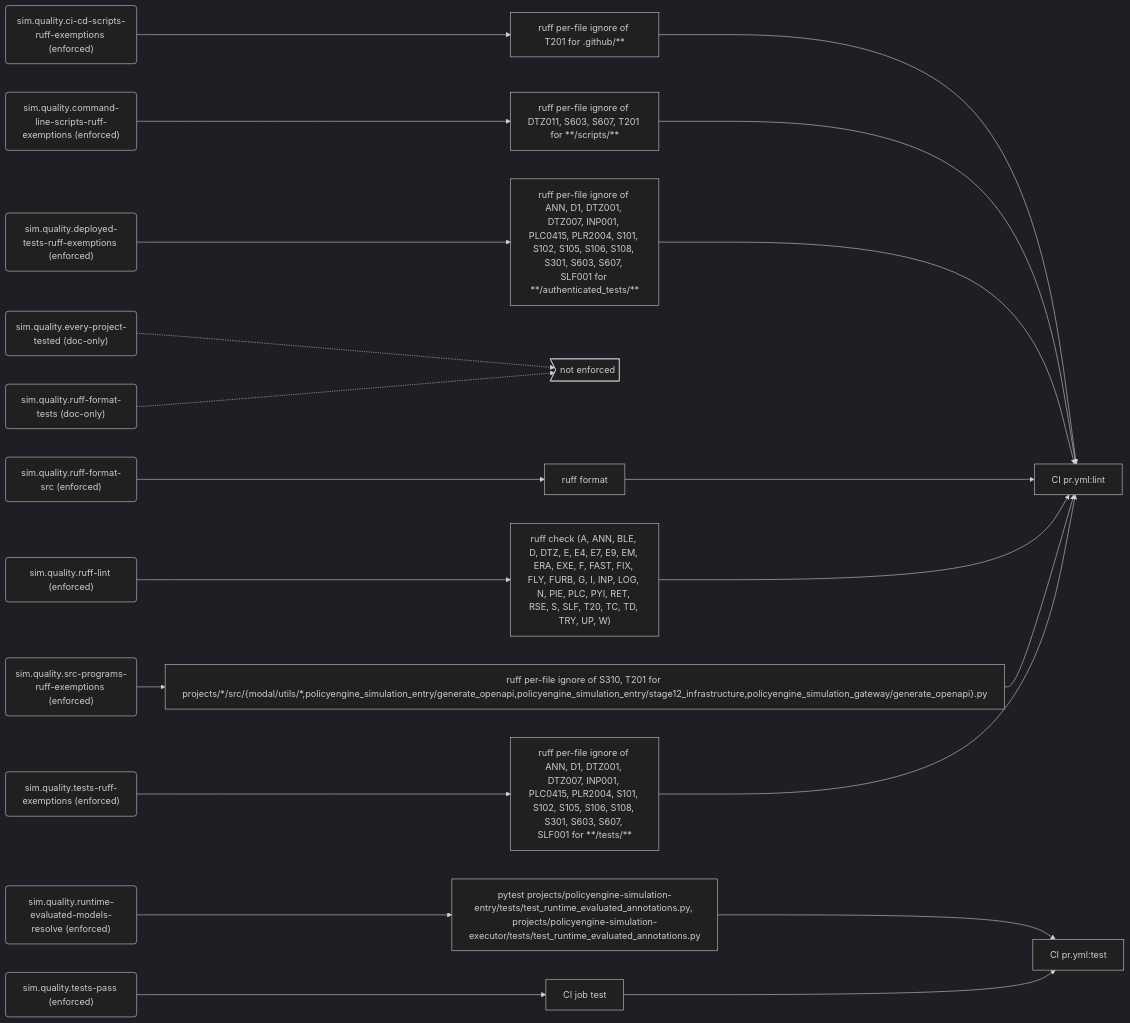
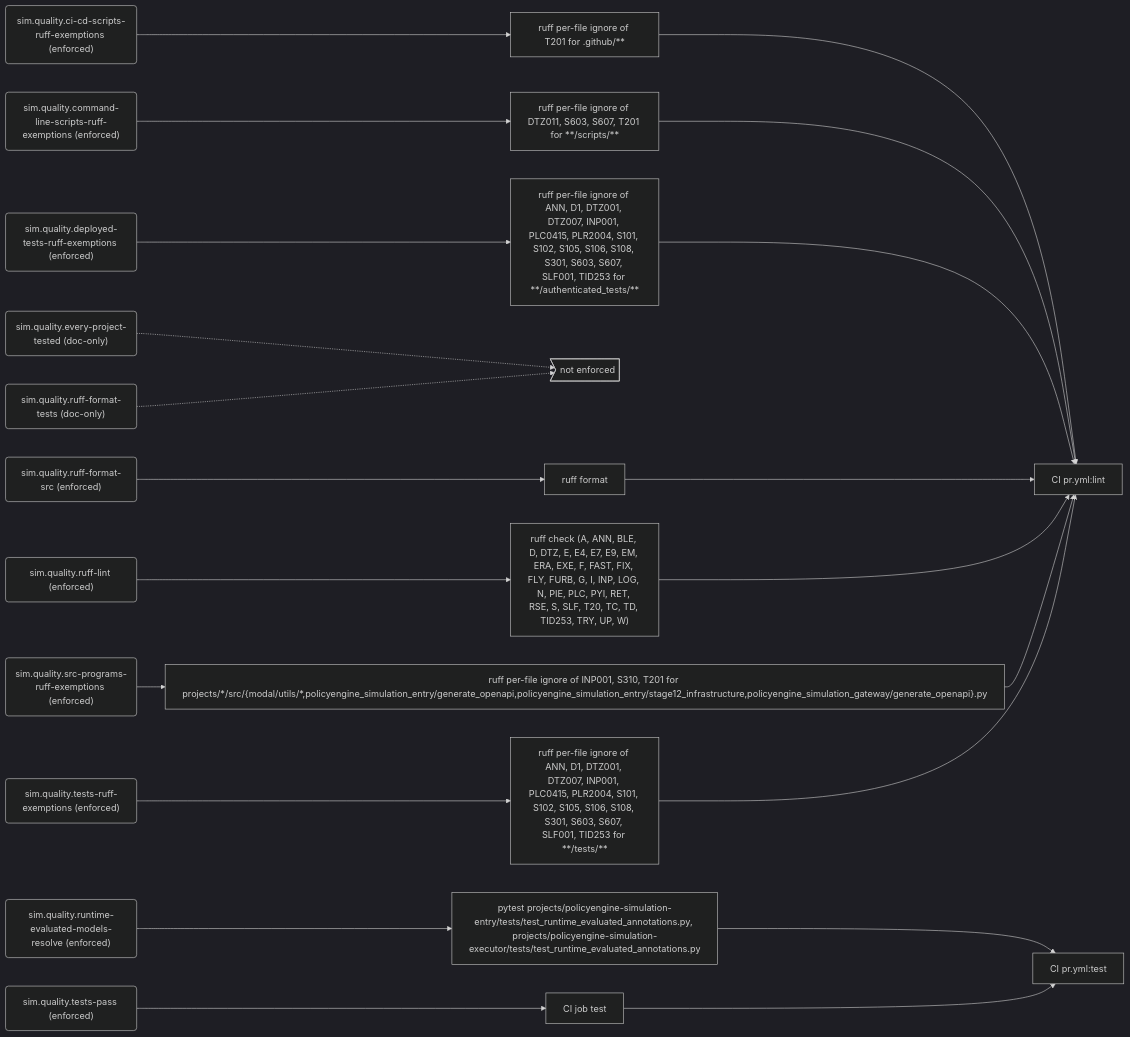
Before and after one commit to PolicyEngine/policyengine-sim-api: the sixth of 8 diagrams in docs/generated/rules.md, drawn with Mermaid (dark theme). The commit also changed other lines of this file and 35 other files, not shown here.

````diff
--- a/docs/generated/rules.md
+++ b/docs/generated/rules.md
@@ -261,46 +261,46 @@
 ```mermaid
 flowchart LR
   r_sim_quality_ci_cd_scripts_ruff_exemptions("sim.quality.ci-cd-scripts-ruff-exemptions (enforced)")
   e_ruff_per_file_ignore_of_T201_for__github___["ruff per-file ignore of T201 for .github/**"]
   j_CI_pr_yml_lint["CI pr.yml:lint"]
   r_sim_quality_command_line_scripts_ruff_exemptions("sim.quality.command-line-scripts-ruff-exemptions (enforced)")
   e_ruff_per_file_ignore_of_DTZ011__S603__S607__T201_for____scripts___["ruff per-file ignore of DTZ011, S603, S607, T201 for **/scripts/**"]
   r_sim_quality_deployed_tests_ruff_exemptions("sim.quality.deployed-tests-ruff-exemptions (enforced)")
-  e_ruff_per_file_ignore_of_ANN__D1__DTZ001__DTZ007__INP001__PLC0415__PLR2004__S101__S102__S105__S106__S108__S301__S603__S607__SLF001_for____authenticated_tests___["ruff per-file ignore of ANN, D1, DTZ001, DTZ007, INP001, PLC0415, PLR2004, S101, S102, S105, S106, S108, S301, S603, S607, SLF001 for **/authenticated_tests/**"]
+  e_ruff_per_file_ignore_of_ANN__D1__DTZ001__DTZ007__INP001__PLC0415__PLR2004__S101__S102__S105__S106__S108__S301__S603__S607__SLF001__TID253_for____authenticated_tests___["ruff per-file ignore of ANN, D1, DTZ001, DTZ007, INP001, PLC0415, PLR2004, S101, S102, S105, S106, S108, S301, S603, S607, SLF001, TID253 for **/authenticated_tests/**"]
   r_sim_quality_every_project_tested("sim.quality.every-project-tested (doc-only)")
   gap_unenforced>"not enforced"]
   r_sim_quality_ruff_format_src("sim.quality.ruff-format-src (enforced)")
   e_ruff_format["ruff format"]
   r_sim_quality_ruff_format_tests("sim.quality.ruff-format-tests (doc-only)")
   r_sim_quality_ruff_lint("sim.quality.ruff-lint (enforced)")
-  e_ruff_check__A__ANN__BLE__D__DTZ__E__E4__E7__E9__EM__ERA__EXE__F__FAST__FIX__FLY__FURB__G__I__INP__LOG__N__PIE__PLC__PYI__RET__RSE__S__SLF__T20__TC__TD__TRY__UP__W_["ruff check (A, ANN, BLE, D, DTZ, E, E4, E7, E9, EM, ERA, EXE, F, FAST, FIX, FLY, FURB, G, I, INP, LOG, N, PIE, PLC, PYI, RET, RSE, S, SLF, T20, TC, TD, TRY, UP, W)"]
+  e_ruff_check__A__ANN__BLE__D__DTZ__E__E4__E7__E9__EM__ERA__EXE__F__FAST__FIX__FLY__FURB__G__I__INP__LOG__N__PIE__PLC__PYI__RET__RSE__S__SLF__T20__TC__TD__TID253__TRY__UP__W_["ruff check (A, ANN, BLE, D, DTZ, E, E4, E7, E9, EM, ERA, EXE, F, FAST, FIX, FLY, FURB, G, I, INP, LOG, N, PIE, PLC, PYI, RET, RSE, S, SLF, T20, TC, TD, TID253, TRY, UP, W)"]
   r_sim_quality_runtime_evaluated_models_resolve("sim.quality.runtime-evaluated-models-resolve (enforced)")
   e_pytest_projects_policyengine_simulation_entry_tests_test_runtime_evaluated_annotations_py__projects_policyengine_simulation_executor_tests_test_runtime_evaluated_annotations_py["pytest projects/policyengine-simulation-entry/tests/test_runtime_evaluated_annotations.py, projects/policyengine-simulation-executor/tests/test_runtime_evaluated_annotations.py"]
   j_CI_pr_yml_test["CI pr.yml:test"]
   r_sim_quality_src_programs_ruff_exemptions("sim.quality.src-programs-ruff-exemptions (enforced)")
-  e_ruff_per_file_ignore_of_S310__T201_for_projects___src__modal_utils___policyengine_simulation_entry_generate_openapi_policyengine_simulation_entry_stage12_infrastructure_policyengine_simulation_gateway_generate_openapi__py["ruff per-file ignore of S310, T201 for projects/*/src/{modal/utils/*,policyengine_simulation_entry/generate_openapi,policyengine_simulation_entry/stage12_infrastructure,policyengine_simulation_gateway/generate_openapi}.py"]
+  e_ruff_per_file_ignore_of_INP001__S310__T201_for_projects___src__modal_utils___policyengine_simulation_entry_generate_openapi_policyengine_simulation_entry_stage12_infrastructure_policyengine_simulation_gateway_generate_openapi__py["ruff per-file ignore of INP001, S310, T201 for projects/*/src/{modal/utils/*,policyengine_simulation_entry/generate_openapi,policyengine_simulation_entry/stage12_infrastructure,policyengine_simulation_gateway/generate_openapi}.py"]
   r_sim_quality_tests_pass("sim.quality.tests-pass (enforced)")
   e_CI_job_test["CI job test"]
   r_sim_quality_tests_ruff_exemptions("sim.quality.tests-ruff-exemptions (enforced)")
-  e_ruff_per_file_ignore_of_ANN__D1__DTZ001__DTZ007__INP001__PLC0415__PLR2004__S101__S102__S105__S106__S108__S301__S603__S607__SLF001_for____tests___["ruff per-file ignore of ANN, D1, DTZ001, DTZ007, INP001, PLC0415, PLR2004, S101, S102, S105, S106, S108, S301, S603, S607, SLF001 for **/tests/**"]
+  e_ruff_per_file_ignore_of_ANN__D1__DTZ001__DTZ007__INP001__PLC0415__PLR2004__S101__S102__S105__S106__S108__S301__S603__S607__SLF001__TID253_for____tests___["ruff per-file ignore of ANN, D1, DTZ001, DTZ007, INP001, PLC0415, PLR2004, S101, S102, S105, S106, S108, S301, S603, S607, SLF001, TID253 for **/tests/**"]
   r_sim_quality_ci_cd_scripts_ruff_exemptions --> e_ruff_per_file_ignore_of_T201_for__github___
   e_ruff_per_file_ignore_of_T201_for__github___ --> j_CI_pr_yml_lint
   r_sim_quality_command_line_scripts_ruff_exemptions --> e_ruff_per_file_ignore_of_DTZ011__S603__S607__T201_for____scripts___
   e_ruff_per_file_ignore_of_DTZ011__S603__S607__T201_for____scripts___ --> j_CI_pr_yml_lint
-  r_sim_quality_deployed_tests_ruff_exemptions --> e_ruff_per_file_ignore_of_ANN__D1__DTZ001__DTZ007__INP001__PLC0415__PLR2004__S101__S102__S105__S106__S108__S301__S603__S607__SLF001_for____authenticated_tests___
-  e_ruff_per_file_ignore_of_ANN__D1__DTZ001__DTZ007__INP001__PLC0415__PLR2004__S101__S102__S105__S106__S108__S301__S603__S607__SLF001_for____authenticated_tests___ --> j_CI_pr_yml_lint
+  r_sim_quality_deployed_tests_ruff_exemptions --> e_ruff_per_file_ignore_of_ANN__D1__DTZ001__DTZ007__INP001__PLC0415__PLR2004__S101__S102__S105__S106__S108__S301__S603__S607__SLF001__TID253_for____authenticated_tests___
+  e_ruff_per_file_ignore_of_ANN__D1__DTZ001__DTZ007__INP001__PLC0415__PLR2004__S101__S102__S105__S106__S108__S301__S603__S607__SLF001__TID253_for____authenticated_tests___ --> j_CI_pr_yml_lint
   r_sim_quality_every_project_tested -.-> gap_unenforced
   r_sim_quality_ruff_format_src --> e_ruff_format
   e_ruff_format --> j_CI_pr_yml_lint
   r_sim_quality_ruff_format_tests -.-> gap_unenforced
-  r_sim_quality_ruff_lint --> e_ruff_check__A__ANN__BLE__D__DTZ__E__E4__E7__E9__EM__ERA__EXE__F__FAST__FIX__FLY__FURB__G__I__INP__LOG__N__PIE__PLC__PYI__RET__RSE__S__SLF__T20__TC__TD__TRY__UP__W_
-  e_ruff_check__A__ANN__BLE__D__DTZ__E__E4__E7__E9__EM__ERA__EXE__F__FAST__FIX__FLY__FURB__G__I__INP__LOG__N__PIE__PLC__PYI__RET__RSE__S__SLF__T20__TC__TD__TRY__UP__W_ --> j_CI_pr_yml_lint
+  r_sim_quality_ruff_lint --> e_ruff_check__A__ANN__BLE__D__DTZ__E__E4__E7__E9__EM__ERA__EXE__F__FAST__FIX__FLY__FURB__G__I__INP__LOG__N__PIE__PLC__PYI__RET__RSE__S__SLF__T20__TC__TD__TID253__TRY__UP__W_
+  e_ruff_check__A__ANN__BLE__D__DTZ__E__E4__E7__E9__EM__ERA__EXE__F__FAST__FIX__FLY__FURB__G__I__INP__LOG__N__PIE__PLC__PYI__RET__RSE__S__SLF__T20__TC__TD__TID253__TRY__UP__W_ --> j_CI_pr_yml_lint
   r_sim_quality_runtime_evaluated_models_resolve --> e_pytest_projects_policyengine_simulation_entry_tests_test_runtime_evaluated_annotations_py__projects_policyengine_simulation_executor_tests_test_runtime_evaluated_annotations_py
   e_pytest_projects_policyengine_simulation_entry_tests_test_runtime_evaluated_annotations_py__projects_policyengine_simulation_executor_tests_test_runtime_evaluated_annotations_py --> j_CI_pr_yml_test
-  r_sim_quality_src_programs_ruff_exemptions --> e_ruff_per_file_ignore_of_S310__T201_for_projects___src__modal_utils___policyengine_simulation_entry_generate_openapi_policyengine_simulation_entry_stage12_infrastructure_policyengine_simulation_gateway_generate_openapi__py
-  e_ruff_per_file_ignore_of_S310__T201_for_projects___src__modal_utils___policyengine_simulation_entry_generate_openapi_policyengine_simulation_entry_stage12_infrastructure_policyengine_simulation_gateway_generate_openapi__py --> j_CI_pr_yml_lint
+  r_sim_quality_src_programs_ruff_exemptions --> e_ruff_per_file_ignore_of_INP001__S310__T201_for_projects___src__modal_utils___policyengine_simulation_entry_generate_openapi_policyengine_simulation_entry_stage12_infrastructure_policyengine_simulation_gateway_generate_openapi__py
+  e_ruff_per_file_ignore_of_INP001__S310__T201_for_projects___src__modal_utils___policyengine_simulation_entry_generate_openapi_policyengine_simulation_entry_stage12_infrastructure_policyengine_simulation_gateway_generate_openapi__py --> j_CI_pr_yml_lint
   r_sim_quality_tests_pass --> e_CI_job_test
   e_CI_job_test --> j_CI_pr_yml_test
-  r_sim_quality_tests_ruff_exemptions --> e_ruff_per_file_ignore_of_ANN__D1__DTZ001__DTZ007__INP001__PLC0415__PLR2004__S101__S102__S105__S106__S108__S301__S603__S607__SLF001_for____tests___
-  e_ruff_per_file_ignore_of_ANN__D1__DTZ001__DTZ007__INP001__PLC0415__PLR2004__S101__S102__S105__S106__S108__S301__S603__S607__SLF001_for____tests___ --> j_CI_pr_yml_lint
+  r_sim_quality_tests_ruff_exemptions --> e_ruff_per_file_ignore_of_ANN__D1__DTZ001__DTZ007__INP001__PLC0415__PLR2004__S101__S102__S105__S106__S108__S301__S603__S607__SLF001__TID253_for____tests___
+  e_ruff_per_file_ignore_of_ANN__D1__DTZ001__DTZ007__INP001__PLC0415__PLR2004__S101__S102__S105__S106__S108__S301__S603__S607__SLF001__TID253_for____tests___ --> j_CI_pr_yml_lint
 ```
````
